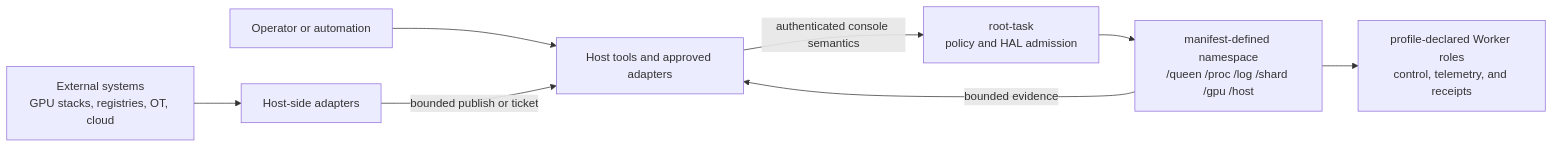
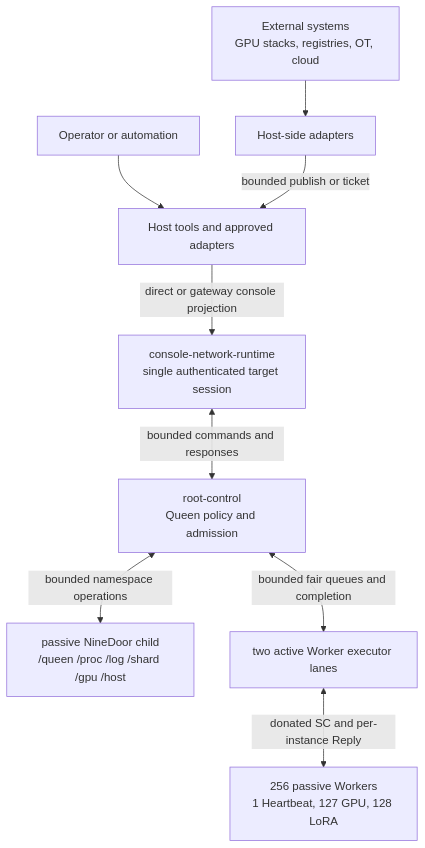
One commit to lukeb-aidev/cohesix changed the first of 2 diagrams in docs/USE_CASES.md. Above: the diagram before and after it, drawn with Mermaid. The commit also changed other lines of this file and 7 other files, not shown here.

Commit message:
docs: align Mermaid diagrams with M26e

````diff
--- a/docs/USE_CASES.md
+++ b/docs/USE_CASES.md
@@ -53,10 +53,11 @@
 ```mermaid
-flowchart LR
+flowchart TB
   Operator["Operator or automation"] --> Tools["Host tools and approved adapters"]
-  Tools -->|"authenticated console semantics"| Root["root-task\npolicy and HAL admission"]
-  Root --> Namespace["manifest-defined namespace\n/queen /proc /log /shard /gpu /host"]
-  Namespace --> Workers["profile-declared Worker roles\ncontrol, telemetry, and receipts"]
   External["External systems\nGPU stacks, registries, OT, cloud"] --> Adapters["Host-side adapters"]
   Adapters -->|"bounded publish or ticket"| Tools
-  Namespace -->|"bounded evidence"| Tools
+  Tools -->|"direct or gateway console projection"| Console["console-network-runtime\nsingle authenticated target session"]
+  Console <-->|"bounded commands and responses"| Root["root-control\nQueen policy and admission"]
+  Root <-->|"bounded namespace operations"| Namespace["passive NineDoor child\n/queen /proc /log /shard /gpu /host"]
+  Root <-->|"bounded fair queues and completion"| Executors["two active Worker executor lanes"]
+  Executors <-->|"donated SC and per-instance Reply"| Workers["256 passive Workers\n1 Heartbeat, 127 GPU, 128 LoRA"]
 ```
````
